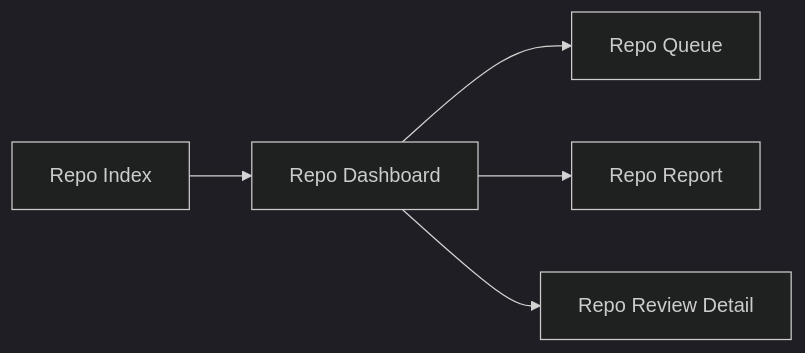
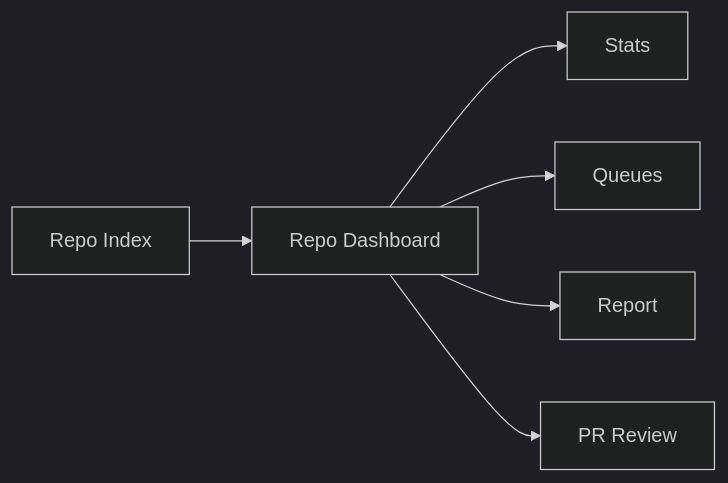
The second of 2 diagrams in docs/multi-repo-support-plan.md (flyrain/pr-intelligence), drawn with Mermaid (dark theme) before and after one commit. The commit also changed other lines of this file, not shown here.

Commit message:
Simplify multi-repo support plan

````diff
--- a/docs/multi-repo-support-plan.md
+++ b/docs/multi-repo-support-plan.md
@@ -134,7 +39,8 @@
 ```mermaid
 flowchart LR
     A["Repo Index"] --> B["Repo Dashboard"]
-    B --> C["Repo Queue"]
-    B --> D["Repo Report"]
-    B --> E["Repo Review Detail"]
+    B --> C["Stats"]
+    B --> D["Queues"]
+    B --> E["Report"]
+    B --> F["PR Review"]
 ```
````
